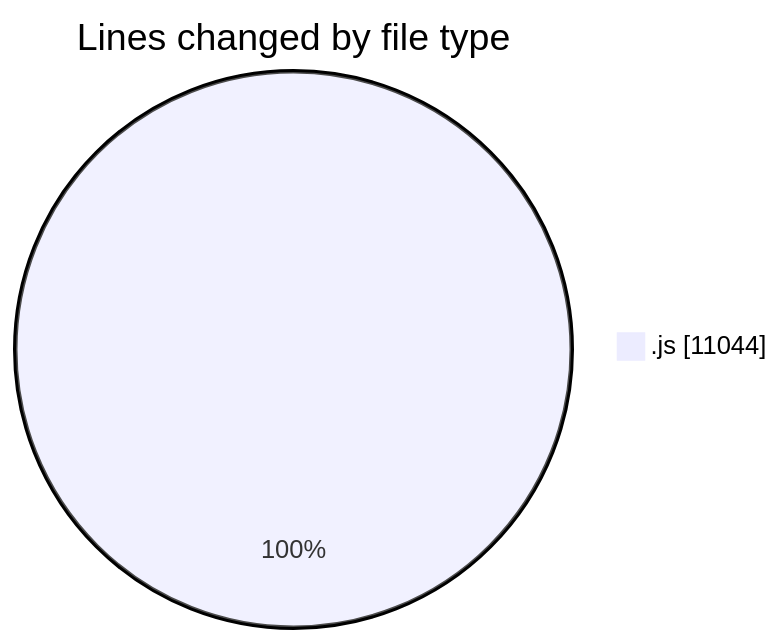
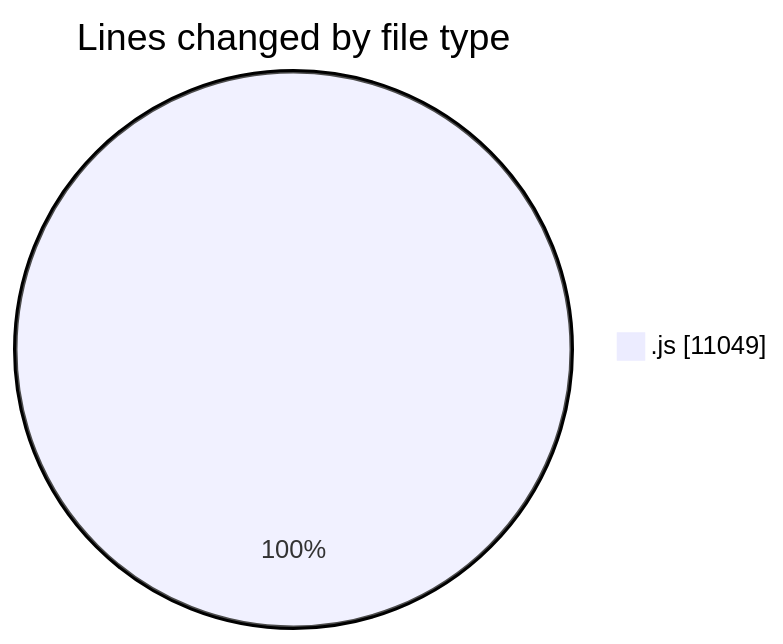
The first of 2 diagrams in 2025-08-11/nxtqube_webapp/README.md (nxtqubesakshisongat/code-tracking), drawn with Mermaid before and after one commit. The commit also changed other lines of this file and 1 other file, not shown here.

````diff
--- a/2025-08-11/nxtqube_webapp/README.md
+++ b/2025-08-11/nxtqube_webapp/README.md
@@ -21,5 +21,5 @@
 ```mermaid
 pie showData
 title Lines changed by file type
-".js" : 11044
+".js" : 11049
 ```
````
